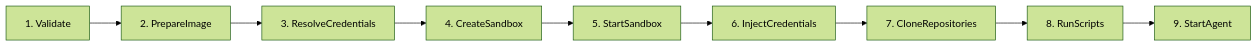
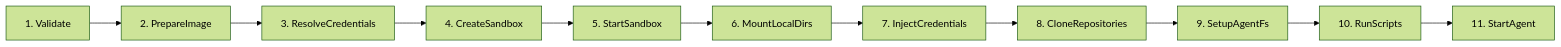
One commit to shakedaskayo/ciab changed the diagram in docs/docs/architecture/provisioning-pipeline.md. Above: the diagram before and after it, drawn with Mermaid (forest theme). The commit also changed other lines of this file and 17 other files, not shown here.

````diff
--- a/docs/docs/architecture/provisioning-pipeline.md
+++ b/docs/docs/architecture/provisioning-pipeline.md
@@ -7,11 +7,13 @@
 ```mermaid
 graph LR
     V[1. Validate] --> P[2. PrepareImage]
     P --> R[3. ResolveCredentials]
     R --> C[4. CreateSandbox]
     C --> S[5. StartSandbox]
-    S --> I[6. InjectCredentials]
-    I --> G[7. CloneRepositories]
-    G --> X[8. RunScripts]
-    X --> A[9. StartAgent]
+    S --> M[6. MountLocalDirs]
+    M --> I[7. InjectCredentials]
+    I --> G[8. CloneRepositories]
+    G --> F[9. SetupAgentFs]
+    F --> X[10. RunScripts]
+    X --> A[11. StartAgent]
 ```
````
